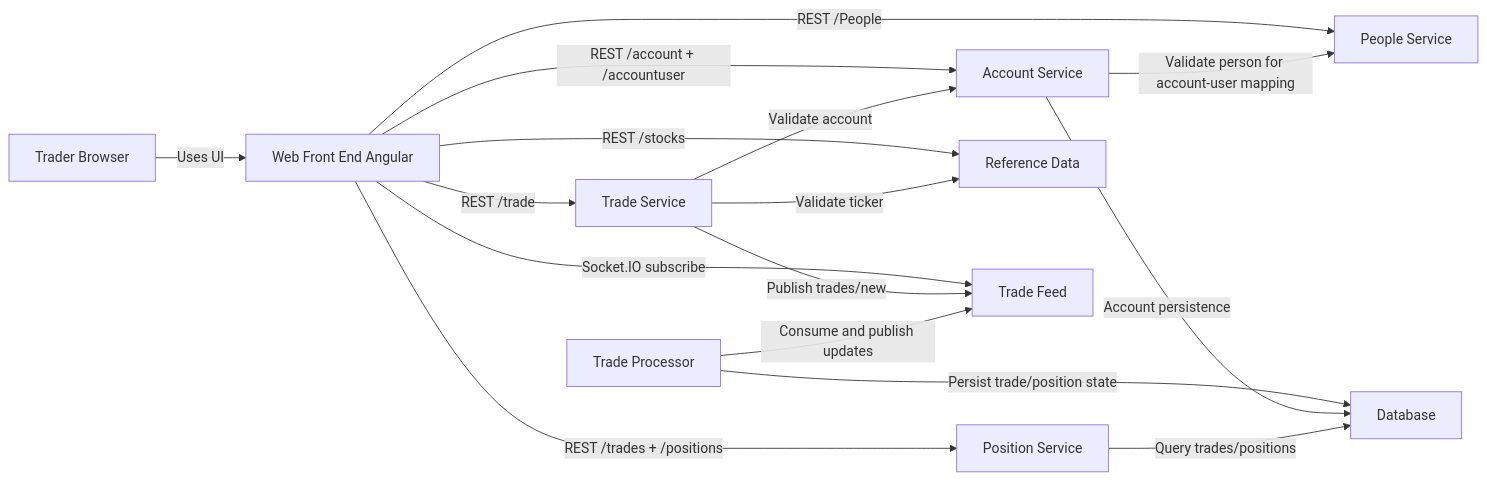
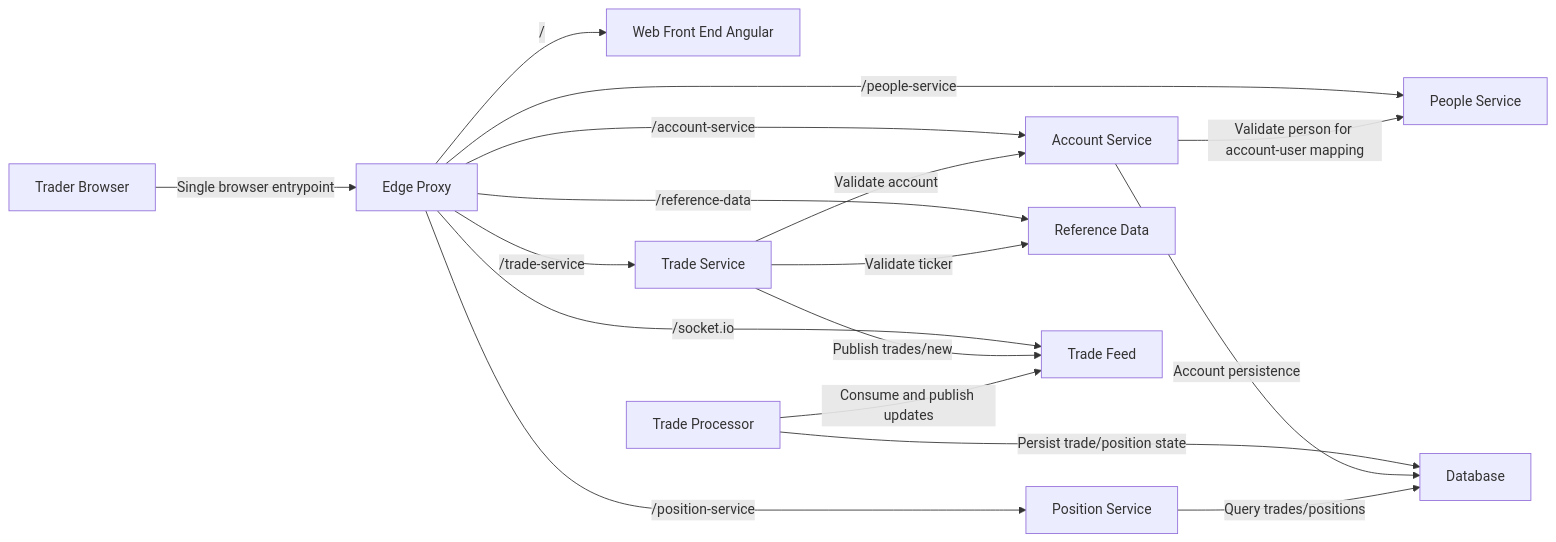
The diagram in docs/learning/component-diagram.md (finos/traderX), drawn with Mermaid before and after one commit. The commit also changed other lines of this file and 22 other files, not shown here.

First line of the commit message:
snapshot: 002-edge-proxy-uncontainerized generated from 68d19a554c7480a615b19c024eb0a88228c6b9ad

````diff
--- a/docs/learning/component-diagram.md
+++ b/docs/learning/component-diagram.md
@@ -5,29 +5,31 @@
 ```mermaid
 flowchart LR
   trader["Trader Browser"]
+  edge["Edge Proxy"]
   web["Web Front End Angular"]
   account["Account Service"]
   position["Position Service"]
   tradeService["Trade Service"]
   referenceData["Reference Data"]
   people["People Service"]
   tradeFeed["Trade Feed"]
   tradeProcessor["Trade Processor"]
   database["Database"]
 
-  trader -->|Uses UI| web
-  web -->|REST /account + /accountuser| account
-  web -->|REST /trades + /positions| position
-  web -->|REST /trade| tradeService
-  web -->|REST /stocks| referenceData
-  web -->|REST /People| people
-  web -->|Socket.IO subscribe| tradeFeed
+  trader -->|Single browser entrypoint| edge
+  edge -->|/| web
+  edge -->|/account-service| account
+  edge -->|/position-service| position
+  edge -->|/trade-service| tradeService
+  edge -->|/reference-data| referenceData
+  edge -->|/people-service| people
+  edge -->|/socket.io| tradeFeed
   tradeService -->|Validate account| account
   tradeService -->|Validate ticker| referenceData
   tradeService -->|Publish trades/new| tradeFeed
   tradeProcessor -->|Consume and publish updates| tradeFeed
   tradeProcessor -->|Persist trade/position state| database
   account -->|Validate person for account-user mapping| people
   account -->|Account persistence| database
   position -->|Query trades/positions| database
 ```
````
